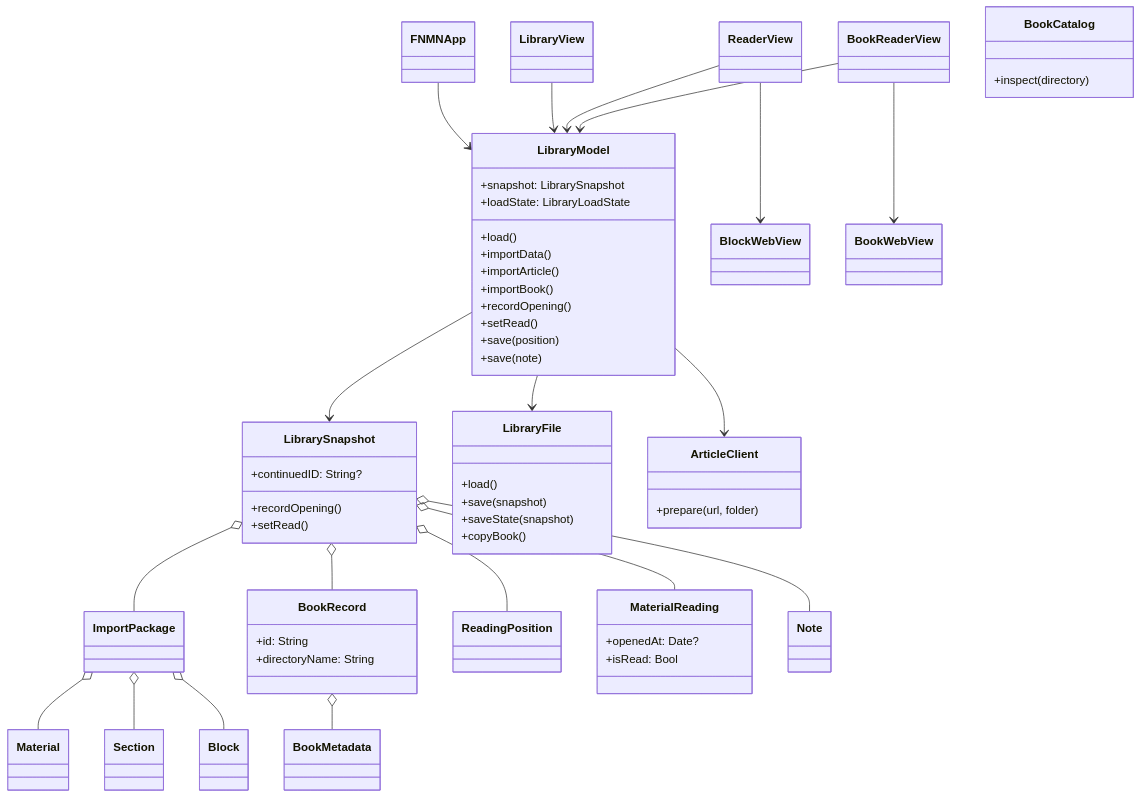
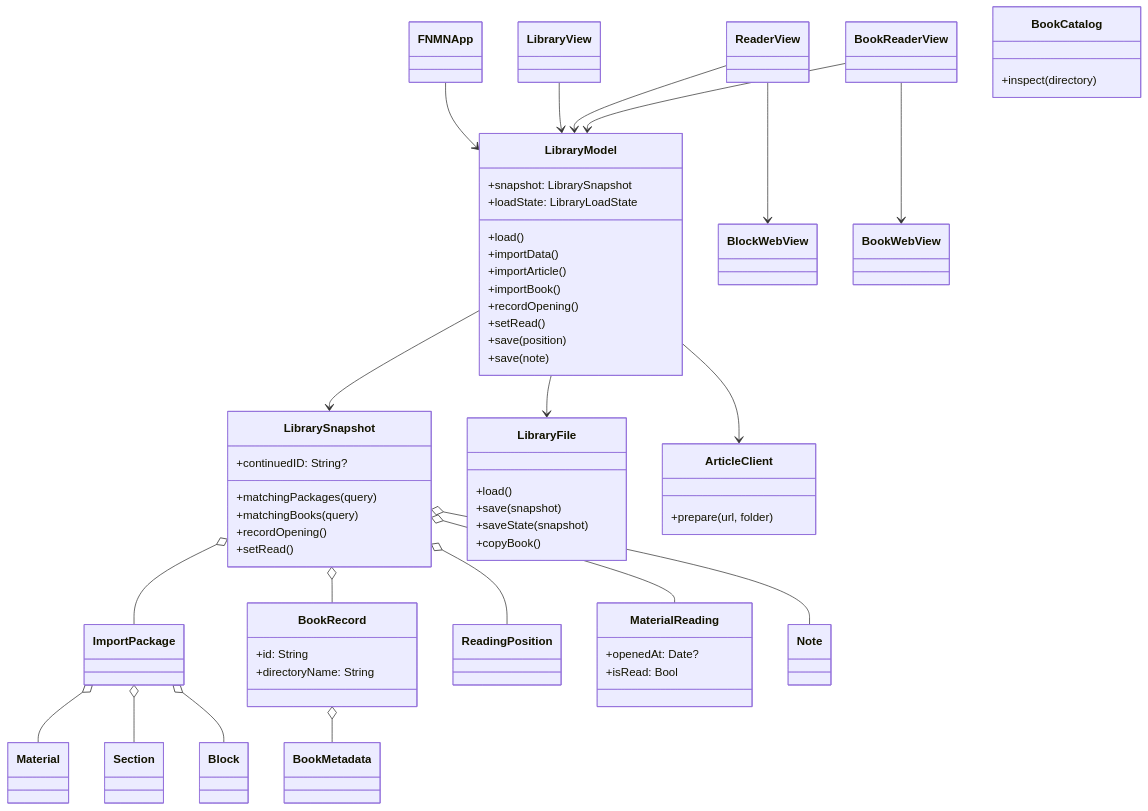
One commit to vladkalinichencko/fnmn-app changed the second of 7 diagrams in APP_SPEC.md. Above: the diagram before and after it, drawn with Mermaid. The commit also changed other lines of this file and 6 other files, not shown here.

````diff
--- a/APP_SPEC.md
+++ b/APP_SPEC.md
@@ -67,59 +74,61 @@
 ```mermaid
 classDiagram
     FNMNApp --> LibraryModel
     LibraryView --> LibraryModel
     ReaderView --> LibraryModel
     BookReaderView --> LibraryModel
     LibraryModel --> LibrarySnapshot
     LibraryModel --> LibraryFile
     LibraryModel --> ArticleClient
     LibrarySnapshot o-- ImportPackage
     ImportPackage o-- Material
     ImportPackage o-- Section
     ImportPackage o-- Block
     LibrarySnapshot o-- BookRecord
     BookRecord o-- BookMetadata
     LibrarySnapshot o-- ReadingPosition
     LibrarySnapshot o-- MaterialReading
     LibrarySnapshot o-- Note
     ReaderView --> BlockWebView
     BookReaderView --> BookWebView
 
     class LibraryModel {
       +snapshot: LibrarySnapshot
       +loadState: LibraryLoadState
       +load()
       +importData()
       +importArticle()
       +importBook()
       +recordOpening()
       +setRead()
       +save(position)
       +save(note)
     }
     class LibrarySnapshot {
       +continuedID: String?
+      +matchingPackages(query)
+      +matchingBooks(query)
       +recordOpening()
       +setRead()
     }
     class BookRecord {
       +id: String
       +directoryName: String
     }
     class BookCatalog {
       +inspect(directory)
     }
     class MaterialReading {
       +openedAt: Date?
       +isRead: Bool
     }
     class LibraryFile {
       +load()
       +save(snapshot)
       +saveState(snapshot)
       +copyBook()
     }
     class ArticleClient {
       +prepare(url, folder)
     }
 ```
````
